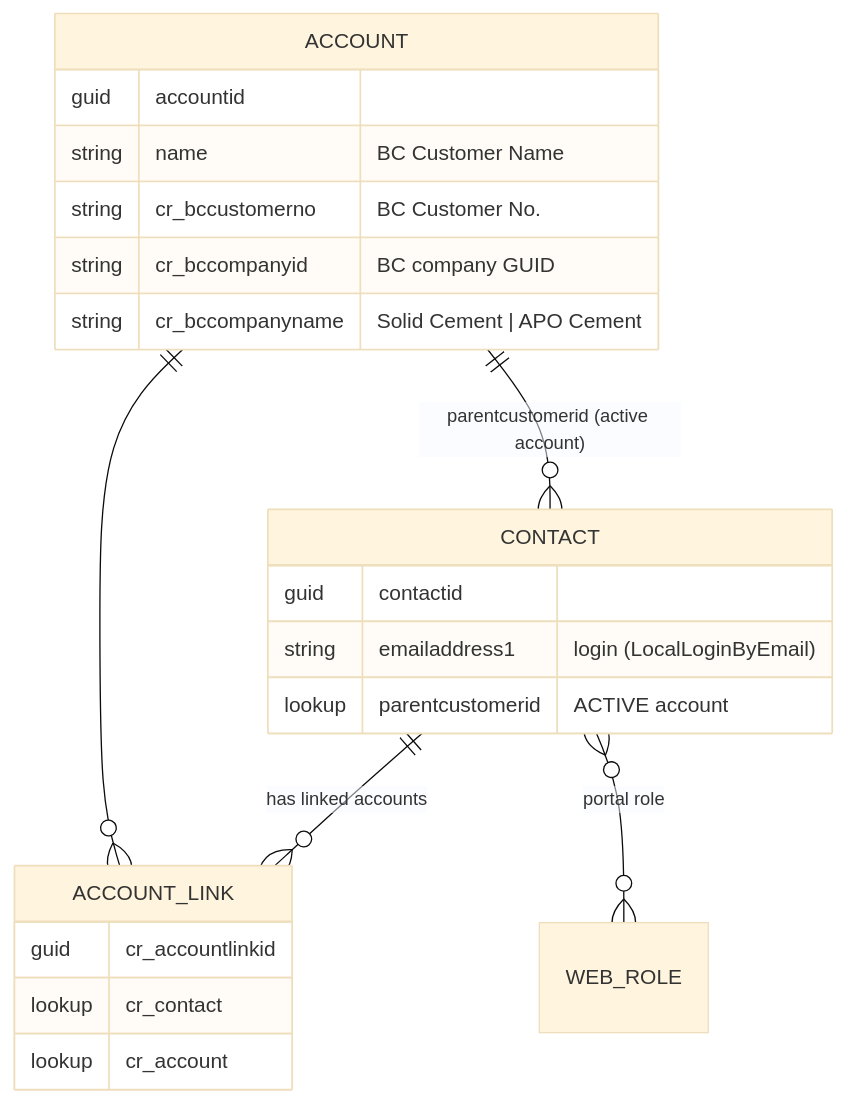
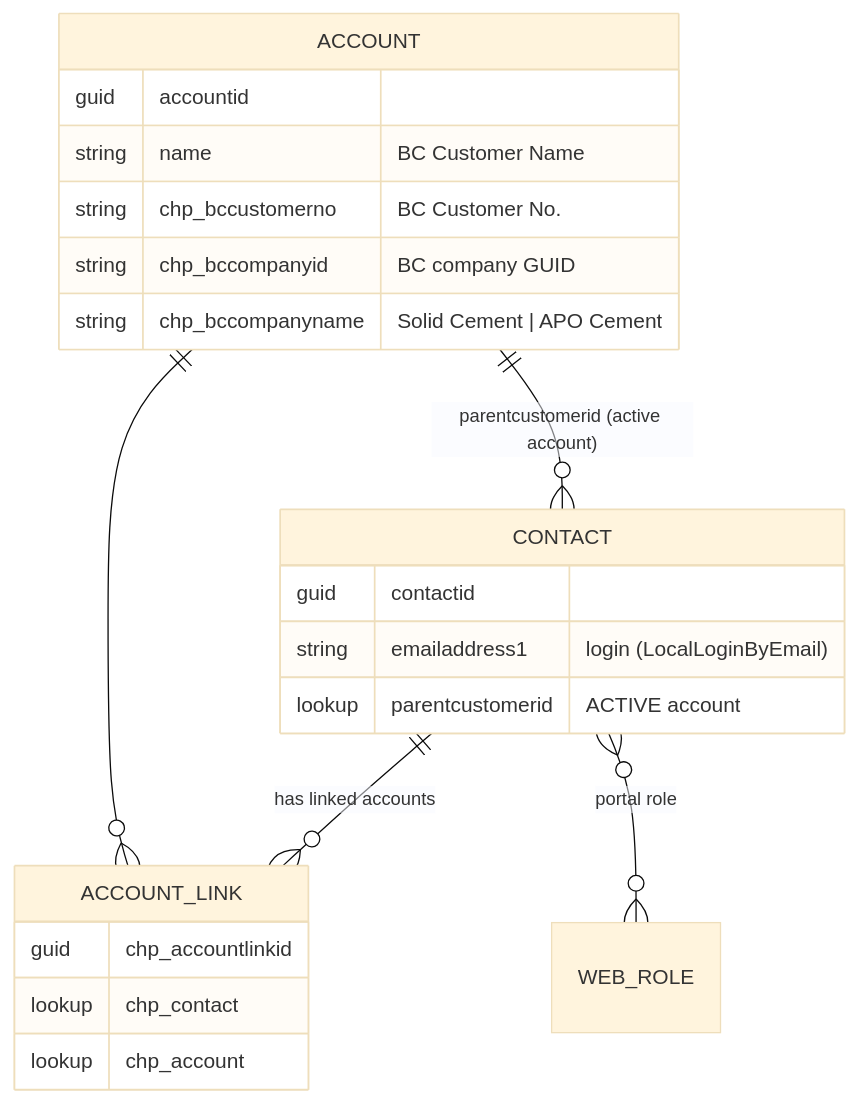
One commit to Cocong03/chp-portal changed the second of 3 diagrams in docs/Concreat_Hub_Architecture.md. Above: the diagram before and after it, drawn with Mermaid (base theme). The commit also changed other lines of this file and 205 other files, not shown here.

````diff
--- a/docs/Concreat_Hub_Architecture.md
+++ b/docs/Concreat_Hub_Architecture.md
@@ -84,24 +84,24 @@
 ```mermaid
 erDiagram
   CONTACT ||--o{ ACCOUNT_LINK : "has linked accounts"
   ACCOUNT ||--o{ ACCOUNT_LINK : ""
   ACCOUNT ||--o{ CONTACT : "parentcustomerid (active account)"
   CONTACT }o--o{ WEB_ROLE : "portal role"
   CONTACT {
     guid contactid
     string emailaddress1 "login (LocalLoginByEmail)"
     lookup parentcustomerid "ACTIVE account"
   }
   ACCOUNT {
     guid accountid
     string name "BC Customer Name"
-    string cr_bccustomerno "BC Customer No."
-    string cr_bccompanyid "BC company GUID"
-    string cr_bccompanyname "Solid Cement | APO Cement"
+    string chp_bccustomerno "BC Customer No."
+    string chp_bccompanyid "BC company GUID"
+    string chp_bccompanyname "Solid Cement | APO Cement"
   }
   ACCOUNT_LINK {
-    guid cr_accountlinkid
-    lookup cr_contact
-    lookup cr_account
+    guid chp_accountlinkid
+    lookup chp_contact
+    lookup chp_account
   }
 ```
````
